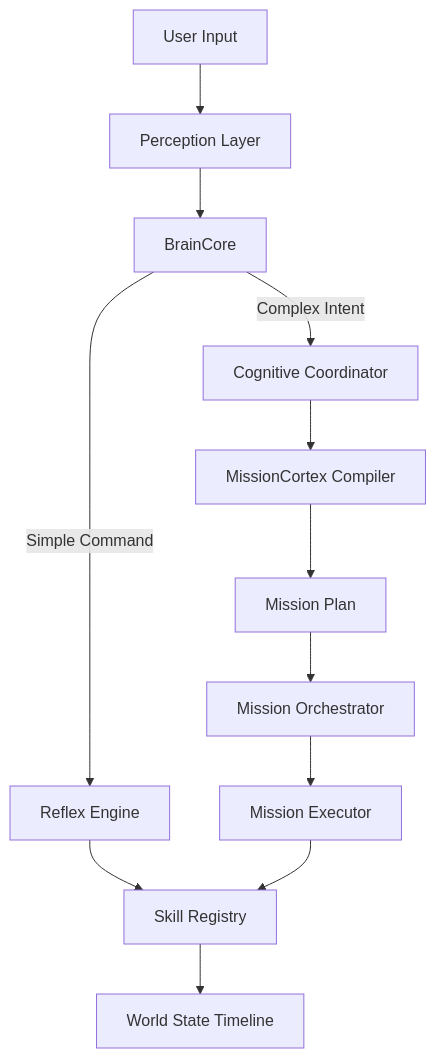
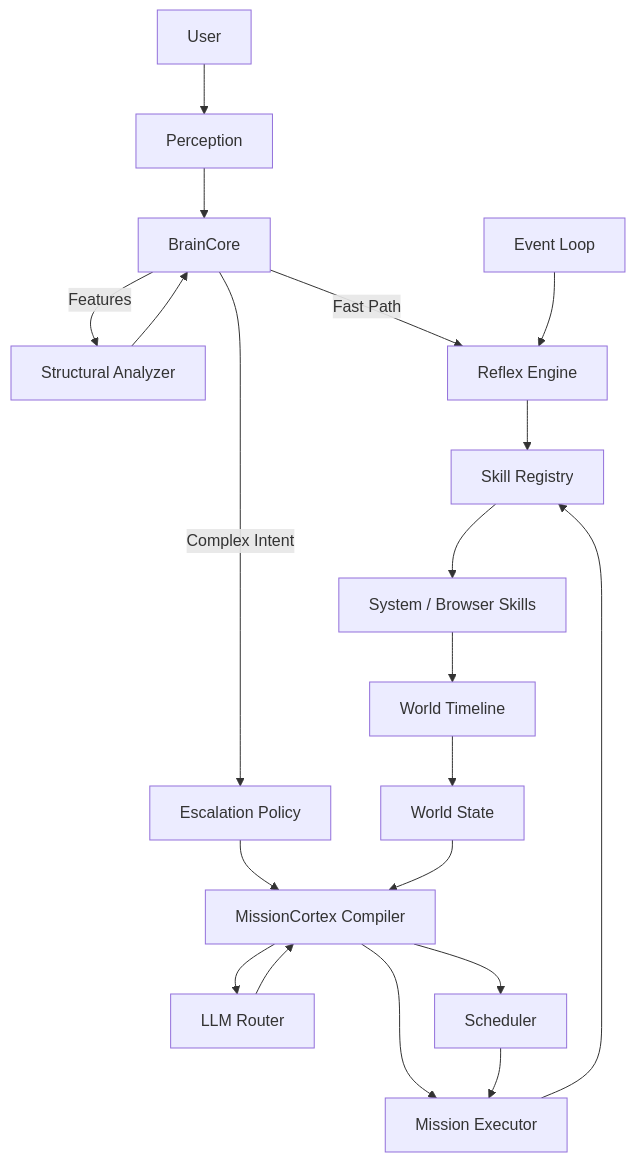
Before and after one commit to AlexxBenny/AlexxBenny: the first of 2 diagrams in README.md, drawn with Mermaid.

Commit message:
README.md

````diff
--- a/README.md
+++ b/README.md
@@ -118,14 +118,36 @@
 ```mermaid
 graph TD
-    U[User Input] --> P[Perception Layer]
-    P --> B[BrainCore]
-    B -->|Simple Command| R[Reflex Engine]
-    B -->|Complex Intent| C[Cognitive Coordinator]
-    C --> MC[MissionCortex Compiler]
-    MC --> DAG[Mission Plan]
-    DAG --> O[Mission Orchestrator]
-    O --> E[Mission Executor]
-    R --> S[Skill Registry]
-    E --> S
-    S --> W[World State Timeline]
+
+    User --> PO[Perception]
+
+    PO --> BC[BrainCore]
+
+    %% Routing
+    BC -->|Features| SA[Structural Analyzer]
+    SA --> BC
+    BC -->|Fast Path| RE[Reflex Engine]
+    BC -->|Complex Intent| EP[Escalation Policy]
+
+    %% Planning
+    EP --> MC[MissionCortex Compiler]
+    MC --> LLM[LLM Router]
+    LLM --> MC
+
+    %% Execution Paths
+    MC --> ME[Mission Executor]
+    MC --> SCHED[Scheduler]
+
+    RE --> SR[Skill Registry]
+    ME --> SR
+    SCHED --> ME
+
+    SR --> Skills[System / Browser Skills]
+    Skills --> WT[World Timeline]
+
+    %% Memory Feedback
+    WT --> WSP[World State]
+    WSP --> MC
+
+    %% Proactive Loop
+    LOOP[Event Loop] --> RE
 ```
````
